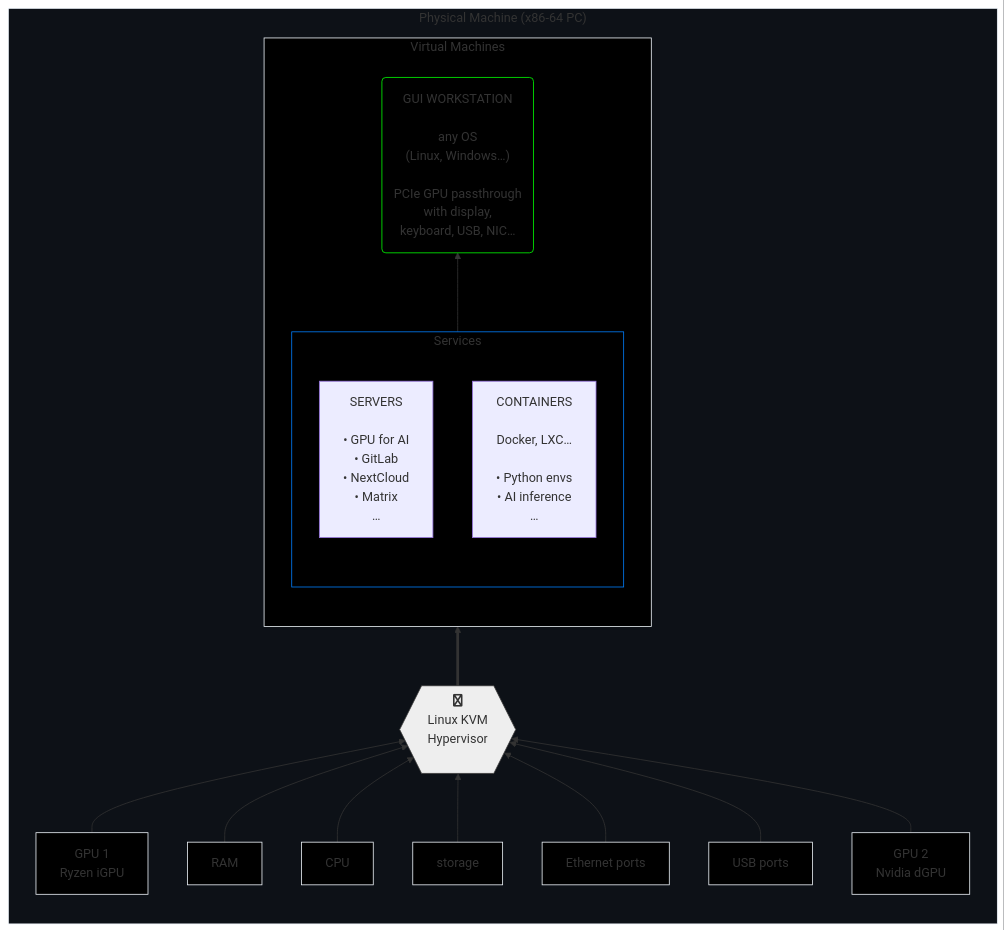
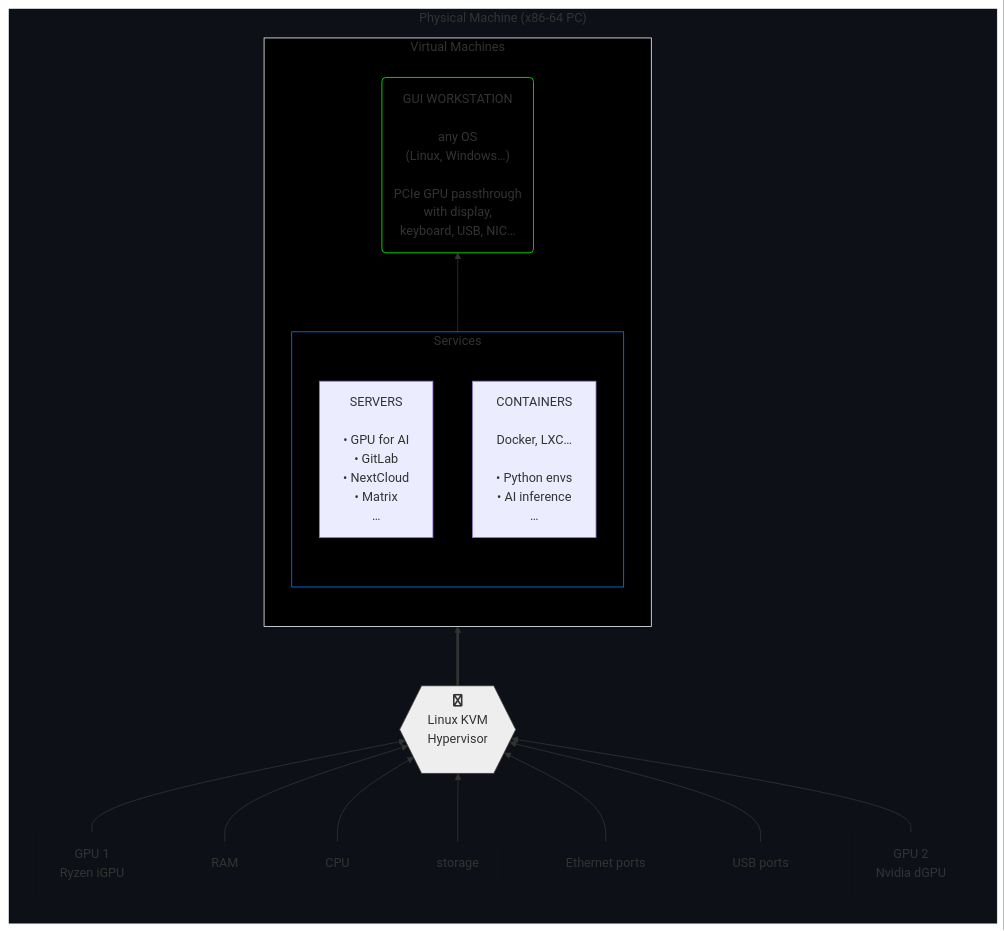
Before and after one commit to agenkit/GHost: the first of 2 diagrams in README.md, drawn with Mermaid.

````diff
--- a/README.md
+++ b/README.md
@@ -21,53 +21,54 @@
 ```mermaid
 graph BT
 
    subgraph p["Physical Machine (x86-64 PC)"]
       direction BT
 
       pgpu1["GPU 1<br>Ryzen iGPU"] --> host
       pmem["RAM<br>"] --> host
       pcpu["CPU<br>"] --> host
       pstor["storage<br>"] --> host
       pnet["Ethernet ports"] --> host
       pusb["USB ports"] --> host
       pgpu2["GPU 2<br>Nvidia dGPU"] --> host
       host{{fa:fa-linux<br>Linux KVM<br>Hypervisor<br><br>}}
 
       host ==> v
 
       subgraph v["Virtual Machines"]
          direction BT
 
          g("GUI WORKSTATION<br><br>any OS<br>(Linux, Windows…)<br><br>PCIe GPU passthrough<br>with display,<br>keyboard, USB, NIC…")
 
          subgraph s["Services"]
             direction BT
             vsrv["SERVERS<br><br>• GPU for AI<br>• GitLab<br>• NextCloud<br>• Matrix<br>…"]
             cont["CONTAINERS<br><br>Docker, LXC…<br><br>• Python envs<br>• AI inference<br>…"]
          end
 
          s --> g
 
       end
    end
 
-p:::trans
+p:::main
 v:::wht
 host:::lit
-pgpu1:::wht
-pmem:::wht
-pcpu:::wht
-pstor:::wht
-pnet:::wht
-pusb:::wht
-pgpu2:::wht
+pgpu1:::trans
+pmem:::trans
+pcpu:::trans
+pstor:::trans
+pnet:::trans
+pusb:::trans
+pgpu2:::trans
 s:::blu
 g:::grn
 
-classDef trans fill:#0d1117,stroke:#f0f6fc
+classDef main fill:#0d1117,stroke:#f0f6fc
+classDef trans fill:#0d1117,stroke:#0d1117
 classDef wht fill:#000,stroke:#f0f6fc
 classDef red fill:#000,stroke:#f00
 classDef blu fill:#000,stroke:#007FFF
 classDef lit fill:#eee,stroke:#333,color:#333
 classDef grn fill:#000,stroke:#0f0
 ```
````
